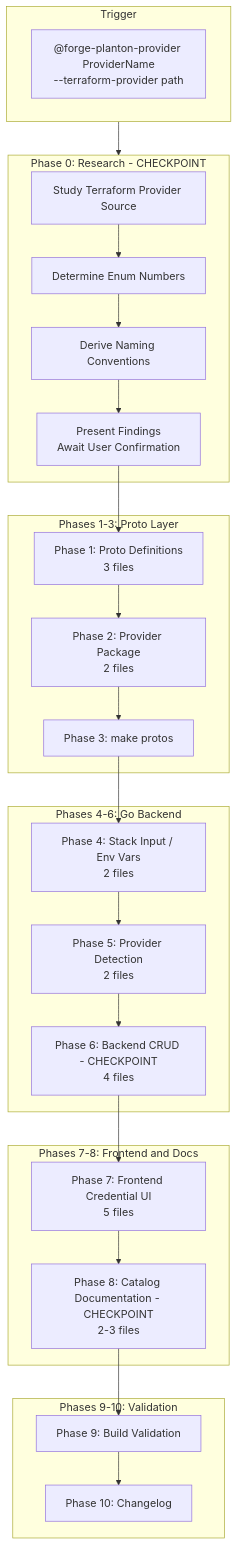
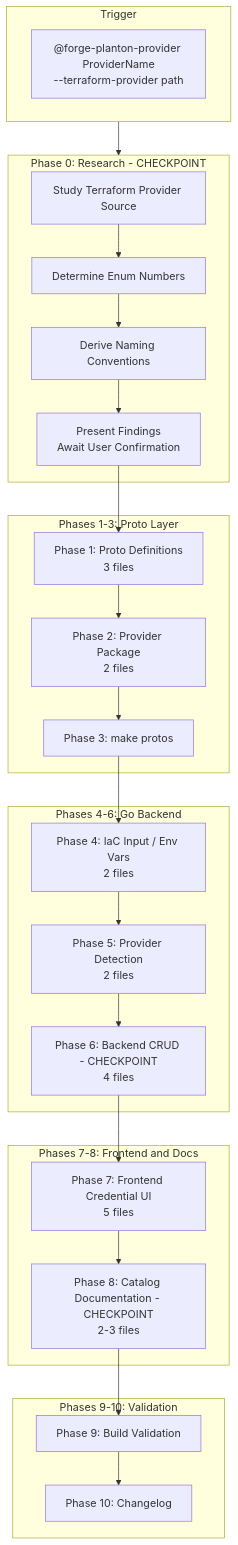
Before and after one commit to plantonhq/planton: the diagram in _changelog/2026-02/2026-02-12-184921-forge-planton-provider-rule.md, drawn with Mermaid. The commit also changed other lines of this file and 19058 other files, not shown here.

First line of the commit message:
refactor: one word per idea across the catalog -- catalog kinds and catalog objects, InfraComponent, InfraStack, InfraJob, IacInput and Outputs

````diff
--- a/_changelog/2026-02/2026-02-12-184921-forge-planton-provider-rule.md
+++ b/_changelog/2026-02/2026-02-12-184921-forge-planton-provider-rule.md
@@ -29,42 +29,42 @@
 ```mermaid
 flowchart TB
     subgraph trigger [Trigger]
         User["@forge-planton-provider ProviderName\n--terraform-provider path"]
     end
 
     subgraph phase0 [Phase 0: Research - CHECKPOINT]
         TF["Study Terraform Provider Source"]
         Enum["Determine Enum Numbers"]
         Naming["Derive Naming Conventions"]
         Confirm0["Present Findings\nAwait User Confirmation"]
     end
 
     subgraph codegen [Phases 1-3: Proto Layer]
         Proto["Phase 1: Proto Definitions\n3 files"]
         Package["Phase 2: Provider Package\n2 files"]
         Generate["Phase 3: make protos"]
     end
 
     subgraph backend_phases [Phases 4-6: Go Backend]
-        EnvVars["Phase 4: Stack Input / Env Vars\n2 files"]
+        EnvVars["Phase 4: IaC Input / Env Vars\n2 files"]
         Detect["Phase 5: Provider Detection\n2 files"]
         CRUD["Phase 6: Backend CRUD - CHECKPOINT\n4 files"]
     end
 
     subgraph frontend_phases [Phases 7-8: Frontend and Docs]
         FE["Phase 7: Frontend Credential UI\n5 files"]
         Docs["Phase 8: Catalog Documentation - CHECKPOINT\n2-3 files"]
     end
 
     subgraph validation [Phases 9-10: Validation]
         Build["Phase 9: Build Validation"]
         Changelog["Phase 10: Changelog"]
     end
 
     trigger --> phase0
     TF --> Enum --> Naming --> Confirm0
     Confirm0 --> Proto --> Package --> Generate
     Generate --> EnvVars --> Detect --> CRUD
     CRUD --> FE --> Docs
     Docs --> Build --> Changelog
 ```
````
